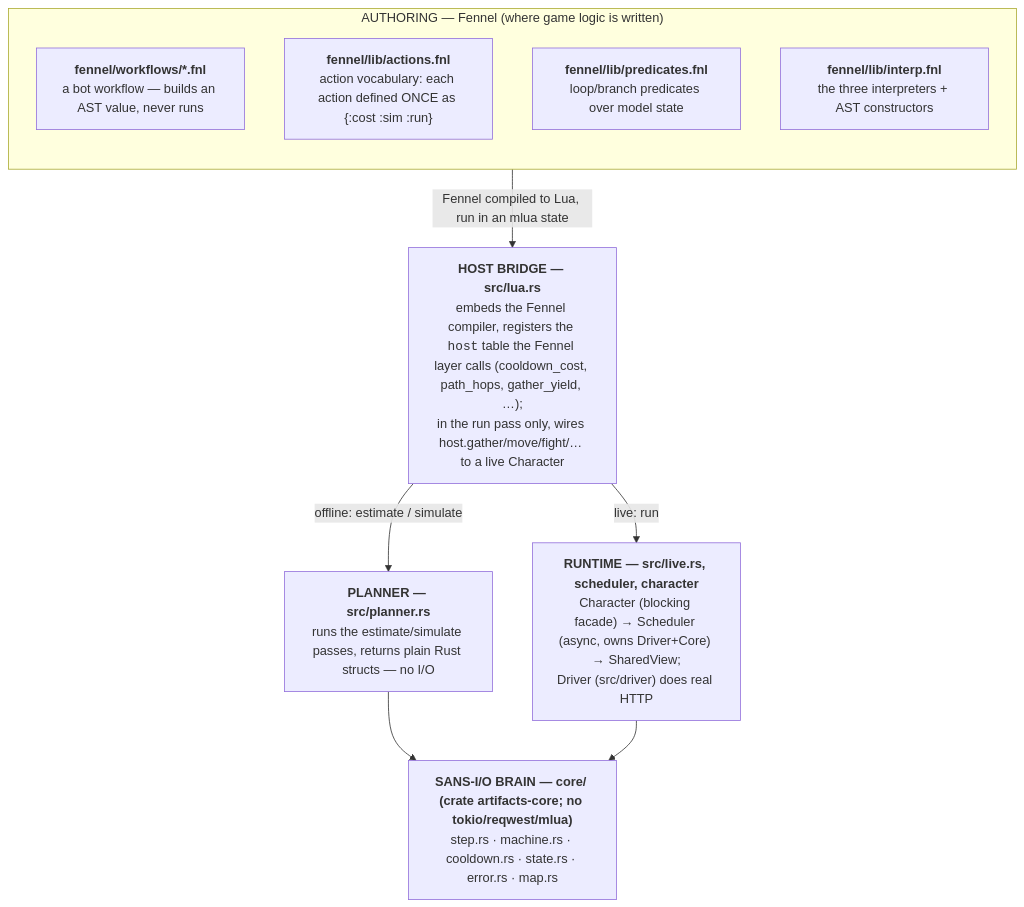
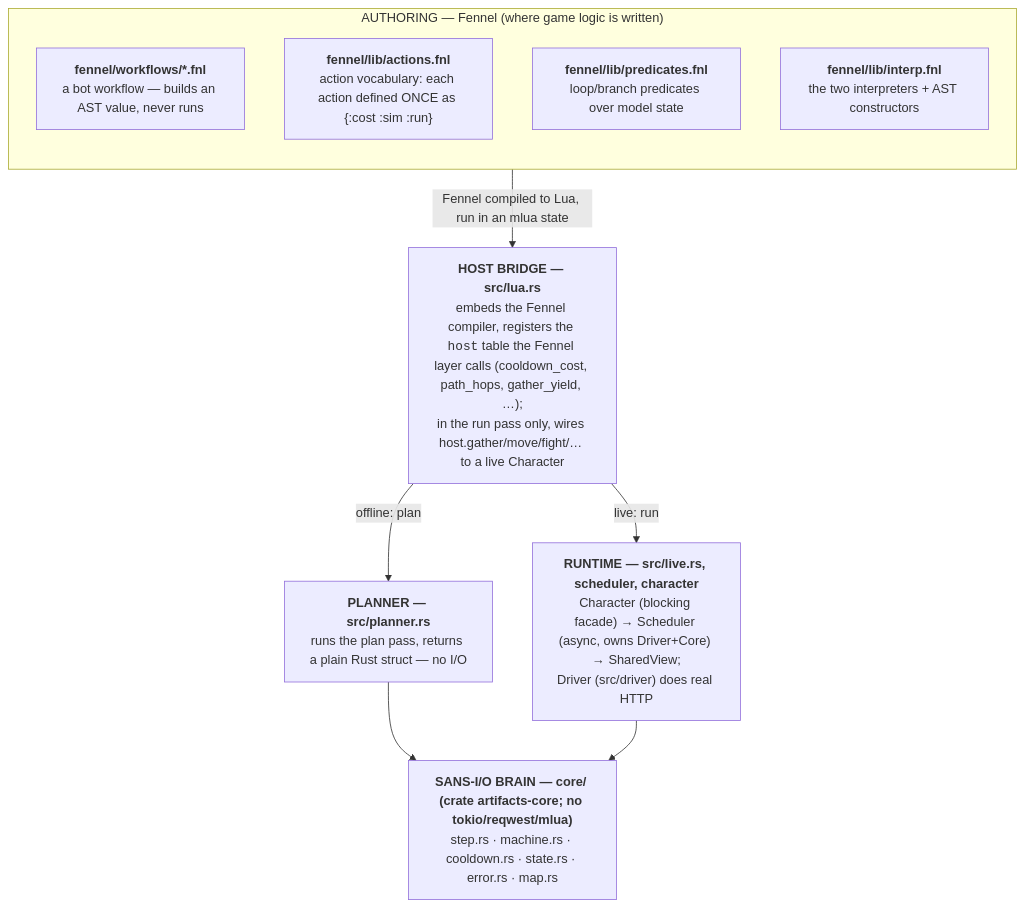
One commit to dfontana/artifacts changed the diagram in docs/ARCHITECTURE.md. Above: the diagram before and after it, drawn with Mermaid. The commit also changed other lines of this file and 12 other files, not shown here.

Commit message:
Combine estimate & simulate into a single character-seeded plan pass (#2)

````diff
--- a/docs/ARCHITECTURE.md
+++ b/docs/ARCHITECTURE.md
@@ -11,23 +11,23 @@
 ```mermaid
 flowchart TD
     subgraph authoring["AUTHORING — Fennel (where game logic is written)"]
         direction TB
         wf["<b>fennel/workflows/*.fnl</b><br/>a bot workflow — builds an AST value, never runs"]
         act["<b>fennel/lib/actions.fnl</b><br/>action vocabulary: each action defined ONCE as {:cost :sim :run}"]
         pred["<b>fennel/lib/predicates.fnl</b><br/>loop/branch predicates over model state"]
-        interp["<b>fennel/lib/interp.fnl</b><br/>the three interpreters + AST constructors"]
+        interp["<b>fennel/lib/interp.fnl</b><br/>the two interpreters + AST constructors"]
     end
 
     bridge["<b>HOST BRIDGE — src/lua.rs</b><br/>embeds the Fennel compiler, registers the <code>host</code> table the Fennel layer calls (cooldown_cost, path_hops, gather_yield, …);<br/>in the run pass only, wires host.gather/move/fight/… to a live Character"]
 
-    planner["<b>PLANNER — src/planner.rs</b><br/>runs the estimate/simulate passes, returns plain Rust structs — no I/O"]
+    planner["<b>PLANNER — src/planner.rs</b><br/>runs the plan pass, returns a plain Rust struct — no I/O"]
     runtime["<b>RUNTIME — src/live.rs, scheduler, character</b><br/>Character (blocking facade) → Scheduler (async, owns Driver+Core) → SharedView;<br/>Driver (src/driver) does real HTTP"]
 
     core["<b>SANS-I/O BRAIN — core/ (crate artifacts-core; no tokio/reqwest/mlua)</b><br/>step.rs · machine.rs · cooldown.rs · state.rs · error.rs · map.rs"]
 
     authoring -->|"Fennel compiled to Lua, run in an mlua state"| bridge
-    bridge -->|"offline: estimate / simulate"| planner
+    bridge -->|"offline: plan"| planner
     bridge -->|"live: run"| runtime
     planner --> core
     runtime --> core
 ```
````
